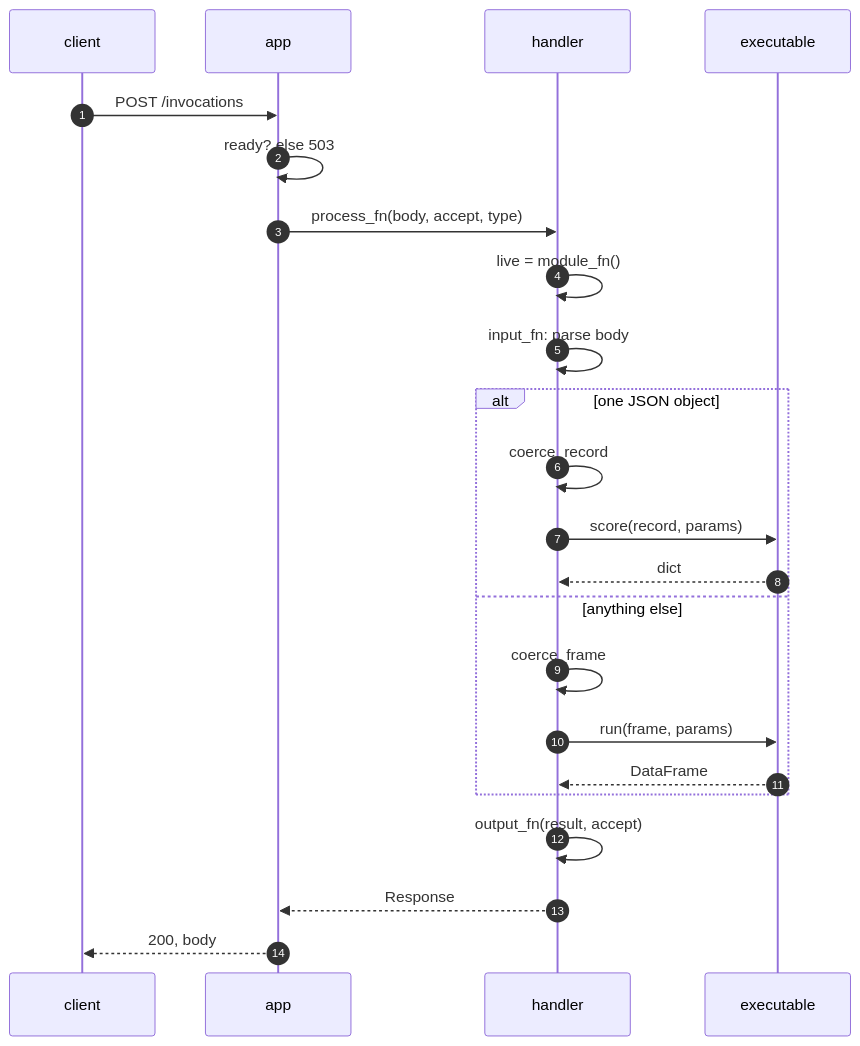
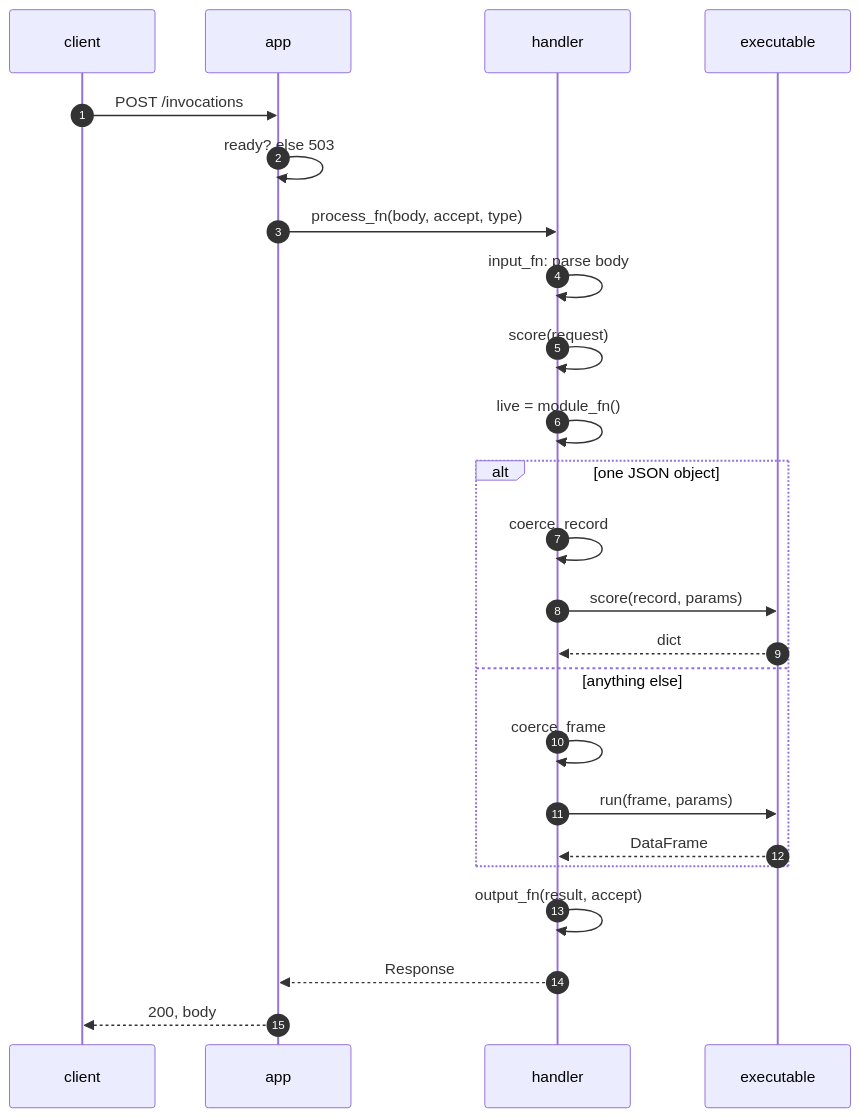
The second of 4 diagrams in docs/architecture/serving.md (capitec/dsp-decision-engine), drawn with Mermaid before and after one commit. The commit also changed other lines of this file and 18 other files, not shown here.

Commit message:
serving: handler hooks are synchronous; add RequestHandler.score for in-process records

````diff
--- a/docs/architecture/serving.md
+++ b/docs/architecture/serving.md
@@ -143,25 +143,26 @@
 ```mermaid
 sequenceDiagram
     autonumber
     participant C as client
     participant A as app
     participant H as handler
     participant E as executable
     C->>A: POST /invocations
     A->>A: ready? else 503
     A->>H: process_fn(body, accept, type)
+    H->>H: input_fn: parse body
+    H->>H: score(request)
     H->>H: live = module_fn()
-    H->>H: input_fn: parse body
     alt one JSON object
         H->>H: coerce_record
         H->>E: score(record, params)
         E-->>H: dict
     else anything else
         H->>H: coerce_frame
         H->>E: run(frame, params)
         E-->>H: DataFrame
     end
     H->>H: output_fn(result, accept)
     H-->>A: Response
     A-->>C: 200, body
 ```
````
